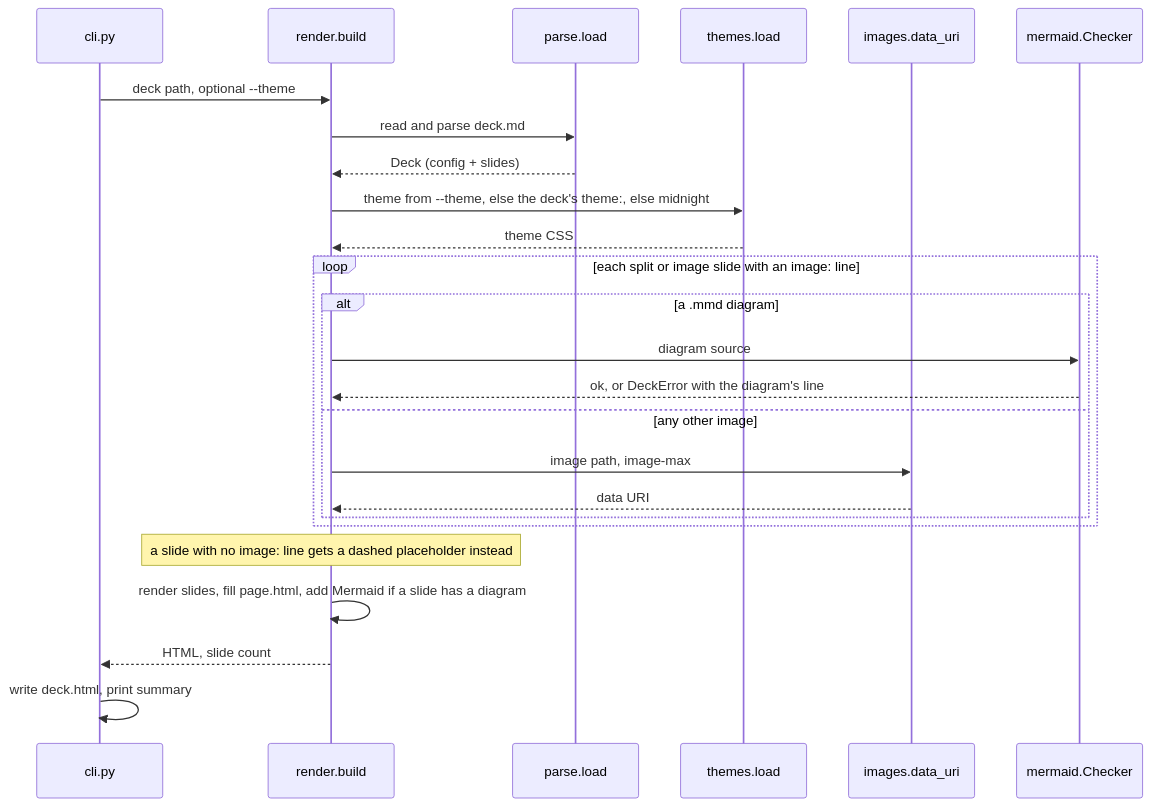
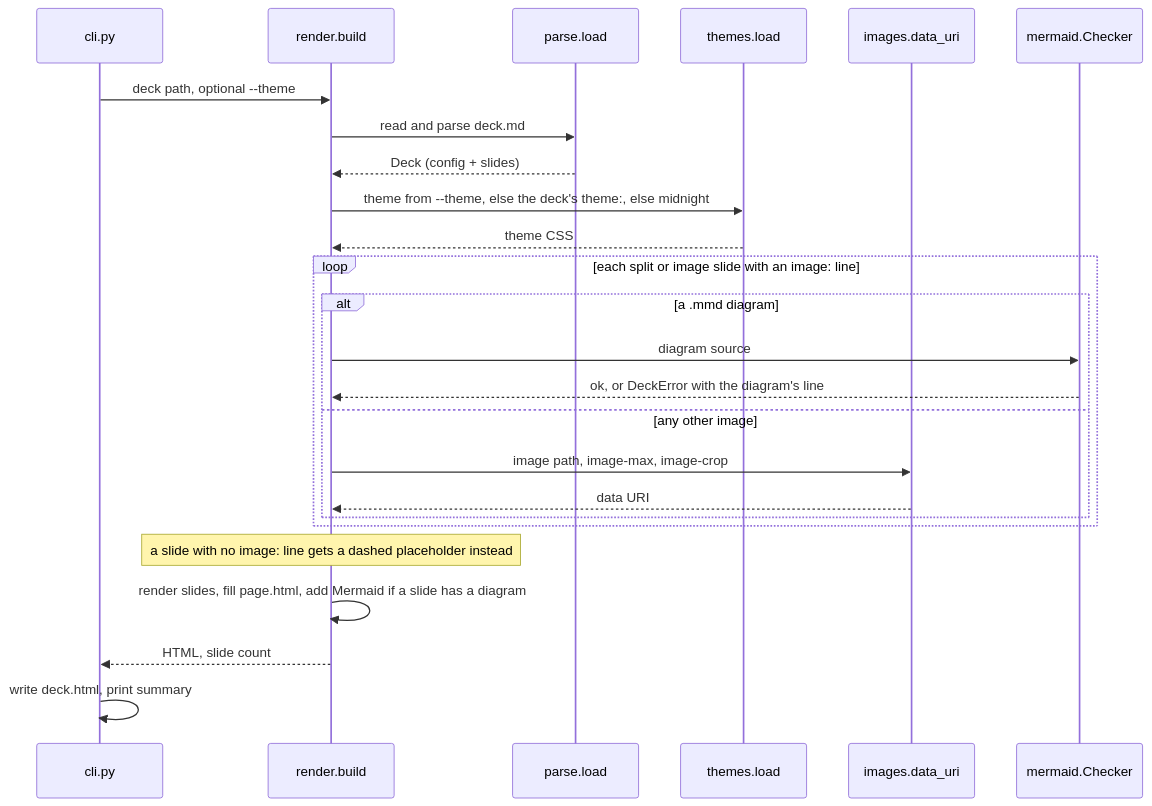
Before and after one commit to LunarCommand/akceo: the sixth of 11 diagrams in docs/how-it-works.md, drawn with Mermaid. The commit also changed other lines of this file and 10 other files, not shown here.

First line of the commit message:
Add image-crop for slide images (#24)

````diff
--- a/docs/how-it-works.md
+++ b/docs/how-it-works.md
@@ -230,27 +230,27 @@
 ```mermaid
 sequenceDiagram
     participant CLI as cli.py
     participant R as render.build
     participant P as parse.load
     participant T as themes.load
     participant I as images.data_uri
     participant M as mermaid.Checker
     CLI->>R: deck path, optional --theme
     R->>P: read and parse deck.md
     P-->>R: Deck (config + slides)
     R->>T: theme from --theme, else the deck's theme:, else midnight
     T-->>R: theme CSS
     loop each split or image slide with an image: line
         alt a .mmd diagram
             R->>M: diagram source
             M-->>R: ok, or DeckError with the diagram's line
         else any other image
-            R->>I: image path, image-max
+            R->>I: image path, image-max, image-crop
             I-->>R: data URI
         end
     end
     Note over R: a slide with no image: line gets a dashed placeholder instead
     R->>R: render slides, fill page.html, add Mermaid if a slide has a diagram
     R-->>CLI: HTML, slide count
     CLI->>CLI: write deck.html, print summary
 ```
````
